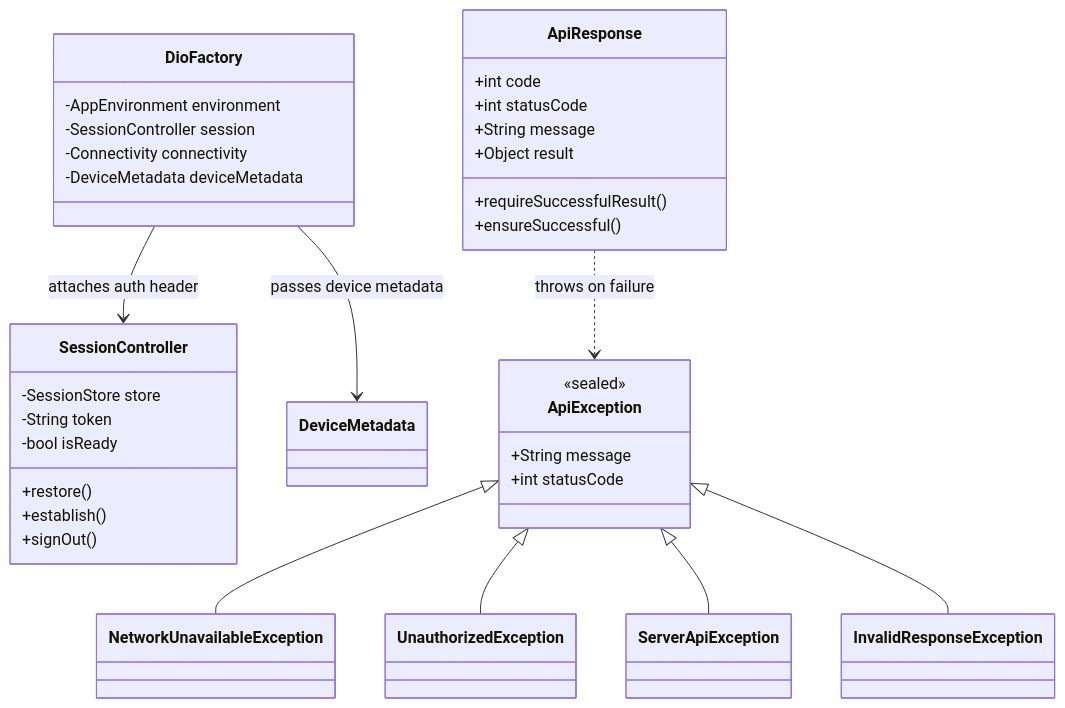
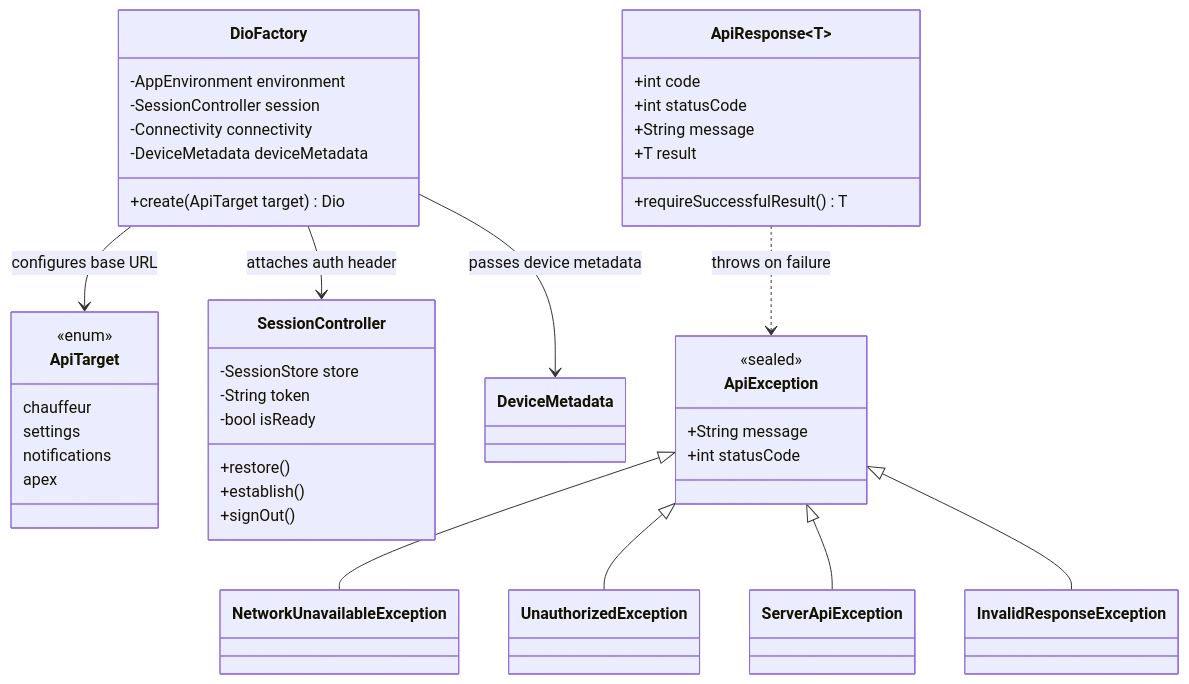
Before and after one commit to eng-ahmed-younis/Chauffeur-Hub: the second of 2 diagrams in README.md, drawn with Mermaid. The commit also changed other lines of this file, not shown here.

Commit message:
Update README.md to enhance feature descriptions, clarify architecture, and detail network infrastructure

````diff
--- a/README.md
+++ b/README.md
@@ -176,54 +235,63 @@
 ```mermaid
 classDiagram
+    class ApiTarget {
+        <<enum>>
+        chauffeur
+        settings
+        notifications
+        apex
+    }
+
     class SessionController {
         -SessionStore store
         -String token
         -bool isReady
         +restore()
         +establish()
         +signOut()
     }
 
     class DioFactory {
         -AppEnvironment environment
         -SessionController session
         -Connectivity connectivity
         -DeviceMetadata deviceMetadata
+        +create(ApiTarget target) Dio
     }
 
-    class ApiResponse {
+    class ApiResponse~T~ {
         +int code
         +int statusCode
         +String message
-        +Object result
-        +requireSuccessfulResult()
-        +ensureSuccessful()
+        +T result
+        +requireSuccessfulResult() T
     }
 
     class ApiException {
         <<sealed>>
         +String message
         +int statusCode
     }
 
     class NetworkUnavailableException {
     }
 
     class UnauthorizedException {
     }
 
     class ServerApiException {
     }
 
     class InvalidResponseException {
     }
 
     ApiException <|-- NetworkUnavailableException
     ApiException <|-- UnauthorizedException
     ApiException <|-- ServerApiException
     ApiException <|-- InvalidResponseException
 
+    DioFactory --> ApiTarget : configures base URL
     DioFactory --> SessionController : attaches auth header
     DioFactory --> DeviceMetadata : passes device metadata
     ApiResponse ..> ApiException : throws on failure
 ```
````
